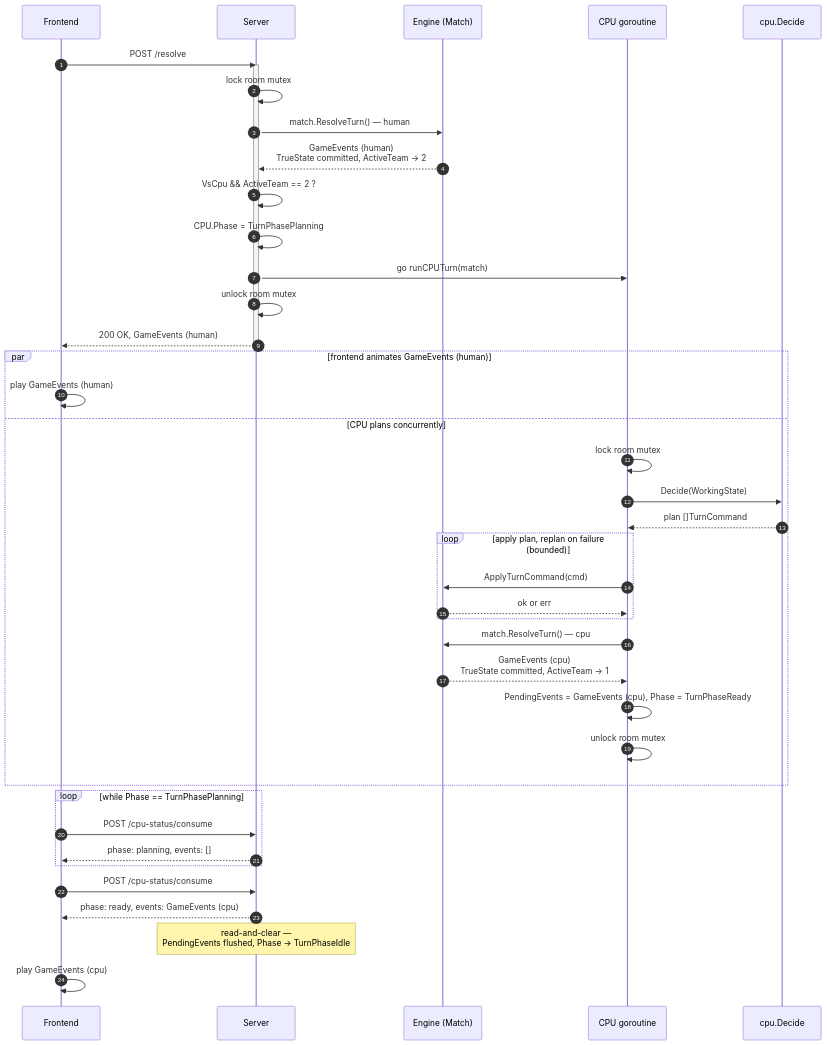
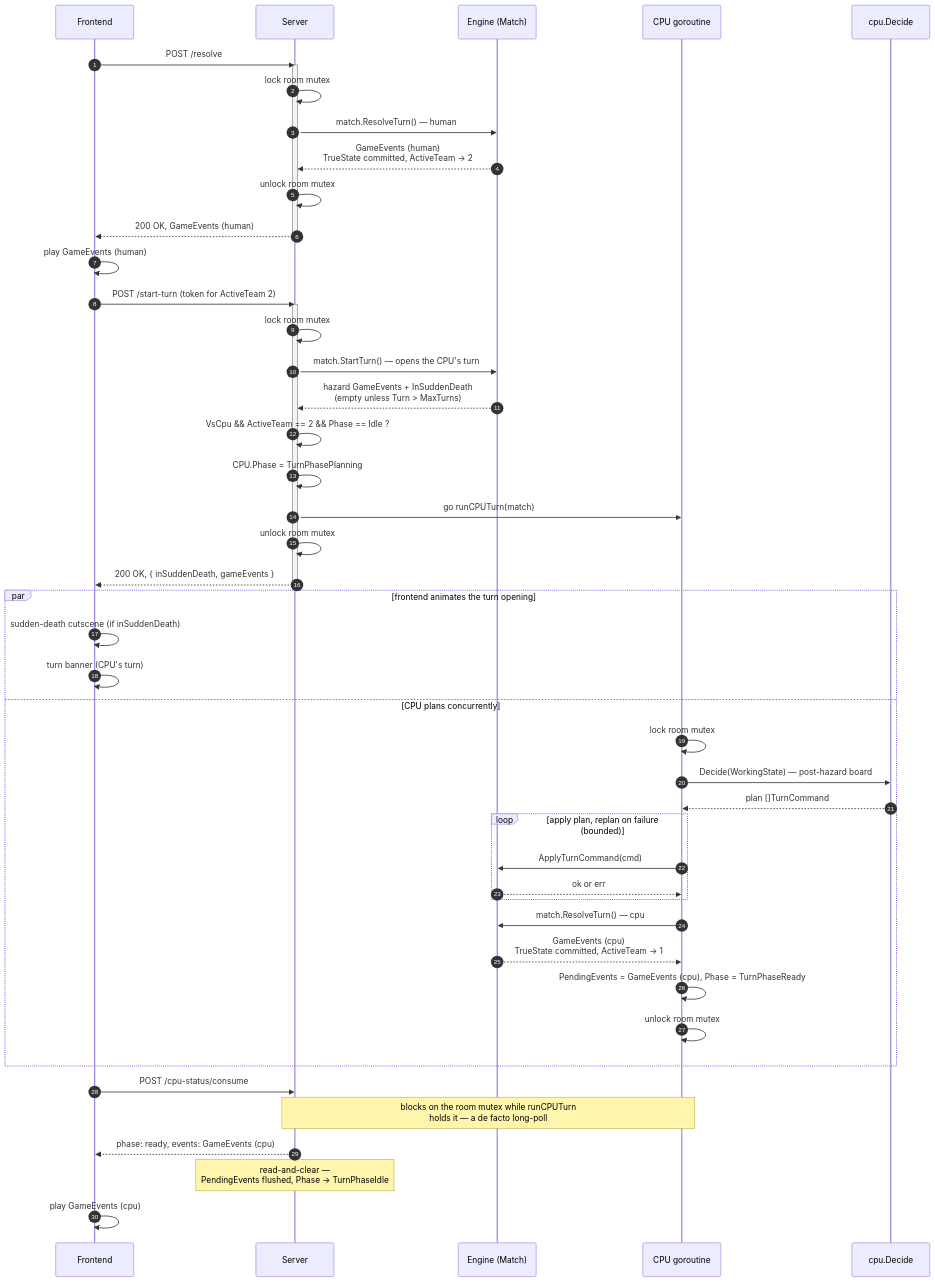
One commit to oscarhkli/bomb-srpg changed the first of 2 diagrams in docs/diagrams/vs-cpu-turn-sequence.md. Above: the diagram before and after it, drawn with Mermaid. The commit also changed other lines of this file and 8 other files, not shown here.

First line of the commit message:
fix(server): inject sudden-death hazards before CPU planning

````diff
--- a/docs/diagrams/vs-cpu-turn-sequence.md
+++ b/docs/diagrams/vs-cpu-turn-sequence.md
@@ -5,46 +5,54 @@
 ```mermaid
 sequenceDiagram
     autonumber
     participant FE as Frontend
     participant SV as Server
     participant EN as Engine (Match)
     participant GO as CPU goroutine
     participant CP as cpu.Decide
 
     FE->>SV: POST /resolve
     activate SV
     SV->>SV: lock room mutex
     SV->>EN: match.ResolveTurn()  — human
     EN-->>SV: GameEvents (human)<br/>TrueState committed, ActiveTeam → 2
-    SV->>SV: VsCpu && ActiveTeam == 2 ?
+    SV->>SV: unlock room mutex
+    SV-->>FE: 200 OK, GameEvents (human)
+    deactivate SV
+    FE->>FE: play GameEvents (human)
+
+    FE->>SV: POST /start-turn  (token for ActiveTeam 2)
+    activate SV
+    SV->>SV: lock room mutex
+    SV->>EN: match.StartTurn()  — opens the CPU's turn
+    EN-->>SV: hazard GameEvents + InSuddenDeath<br/>(empty unless Turn > MaxTurns)
+    SV->>SV: VsCpu && ActiveTeam == 2 && Phase == Idle ?
     SV->>SV: CPU.Phase = TurnPhasePlanning
     SV->>GO: go runCPUTurn(match)
     SV->>SV: unlock room mutex
-    SV-->>FE: 200 OK, GameEvents (human)
+    SV-->>FE: 200 OK, { inSuddenDeath, gameEvents }
     deactivate SV
 
-    par frontend animates GameEvents (human)
-        FE->>FE: play GameEvents (human)
+    par frontend animates the turn opening
+        FE->>FE: sudden-death cutscene (if inSuddenDeath)
+        FE->>FE: turn banner (CPU's turn)
     and CPU plans concurrently
         GO->>GO: lock room mutex
-        GO->>CP: Decide(WorkingState)
+        GO->>CP: Decide(WorkingState)  — post-hazard board
         CP-->>GO: plan []TurnCommand
         loop apply plan, replan on failure (bounded)
             GO->>EN: ApplyTurnCommand(cmd)
             EN-->>GO: ok or err
         end
         GO->>EN: match.ResolveTurn()  — cpu
         EN-->>GO: GameEvents (cpu)<br/>TrueState committed, ActiveTeam → 1
         GO->>GO: PendingEvents = GameEvents (cpu), Phase = TurnPhaseReady
         GO->>GO: unlock room mutex
     end
 
-    loop while Phase == TurnPhasePlanning
-        FE->>SV: POST /cpu-status/consume
-        SV-->>FE: phase: planning, events: []
-    end
     FE->>SV: POST /cpu-status/consume
+    Note over SV,GO: blocks on the room mutex while runCPUTurn<br/>holds it — a de facto long-poll
     SV-->>FE: phase: ready, events: GameEvents (cpu)
     Note over SV: read-and-clear —<br/>PendingEvents flushed, Phase → TurnPhaseIdle
     FE->>FE: play GameEvents (cpu)
 ```
````
